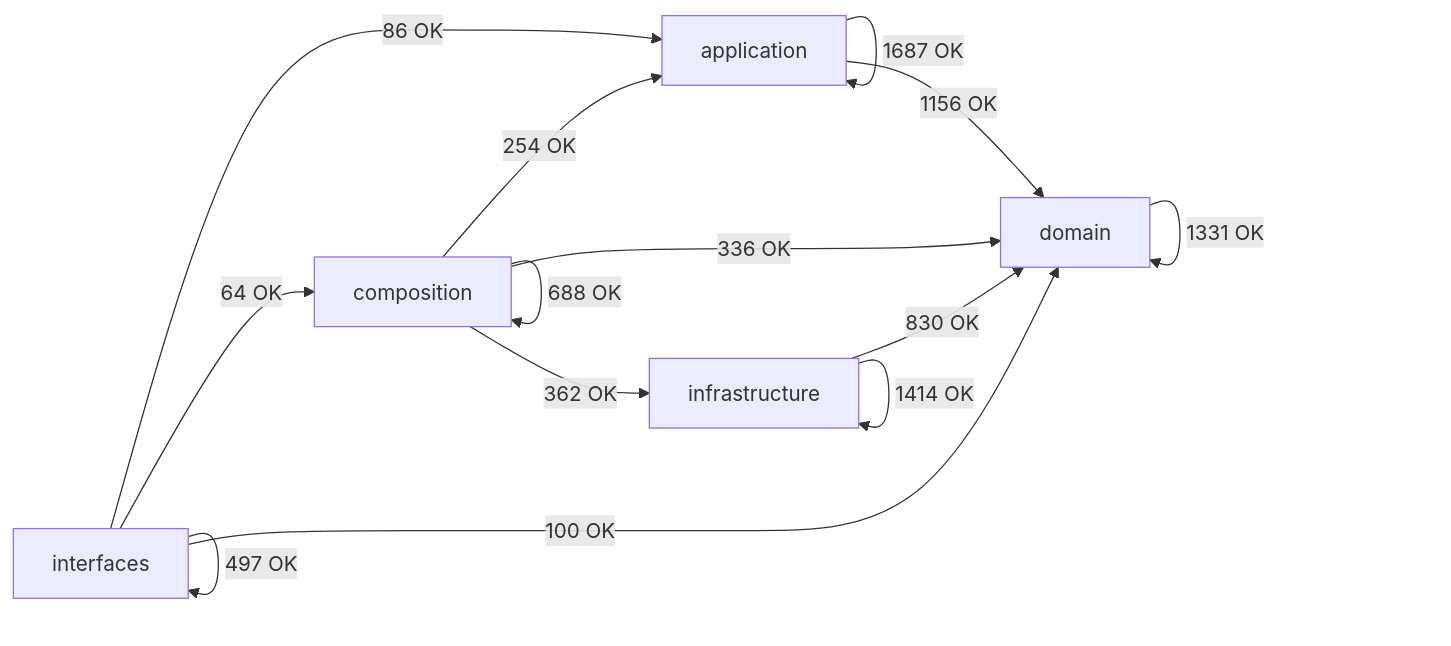
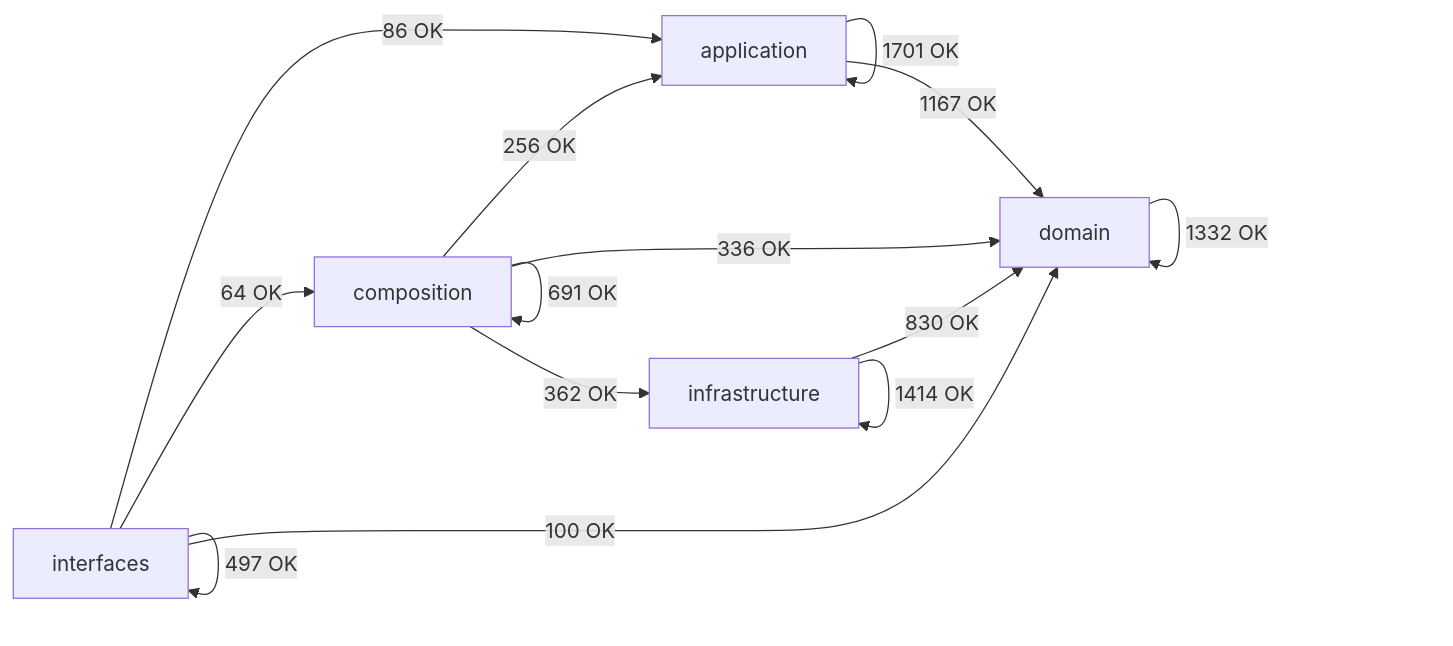
One commit to SatoryKono/BioactivityDataAcquisition changed the diagram in docs/02-architecture/generated/module-dependency-map.md. Above: the diagram before and after it, drawn with Mermaid. The commit also changed other lines of this file and 94 other files, not shown here.

````diff
--- a/docs/02-architecture/generated/module-dependency-map.md
+++ b/docs/02-architecture/generated/module-dependency-map.md
@@ -17,21 +17,21 @@
 ```mermaid
 flowchart LR
     domain[domain]
     application[application]
     infrastructure[infrastructure]
     composition[composition]
     interfaces[interfaces]
-    application -->|1687 OK| application
-    application -->|1156 OK| domain
-    composition -->|254 OK| application
-    composition -->|688 OK| composition
+    application -->|1701 OK| application
+    application -->|1167 OK| domain
+    composition -->|256 OK| application
+    composition -->|691 OK| composition
     composition -->|336 OK| domain
     composition -->|362 OK| infrastructure
-    domain -->|1331 OK| domain
+    domain -->|1332 OK| domain
     infrastructure -->|830 OK| domain
     infrastructure -->|1414 OK| infrastructure
     interfaces -->|86 OK| application
     interfaces -->|64 OK| composition
     interfaces -->|100 OK| domain
     interfaces -->|497 OK| interfaces
 ```
````
